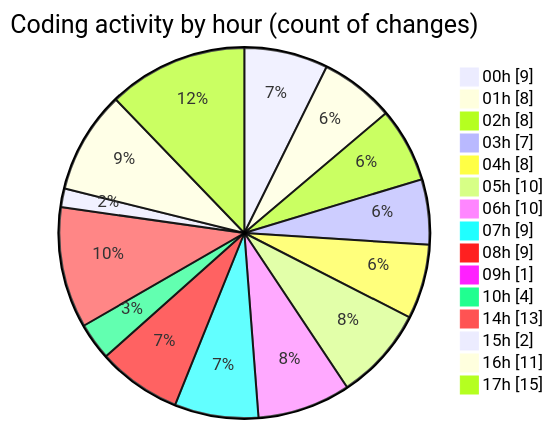
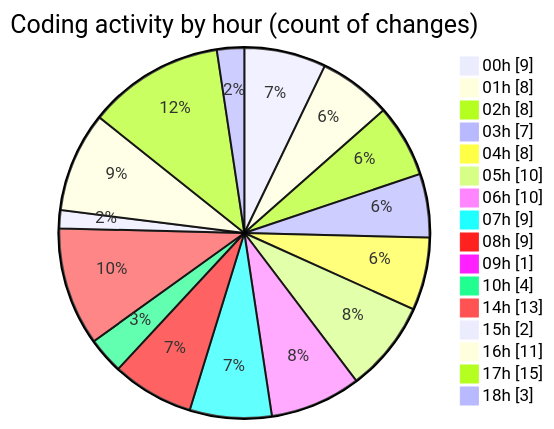
One commit to jrari/code-tracking changed the second of 2 diagrams in 2025-07-14/telebot/README.md. Above: the diagram before and after it, drawn with Mermaid. The commit also changed other lines of this file and 1 other file, not shown here.

````diff
--- a/2025-07-14/telebot/README.md
+++ b/2025-07-14/telebot/README.md
@@ -75,19 +75,20 @@
 ```mermaid
 pie showData
 title Coding activity by hour (count of changes)
 "00h" : 9
 "01h" : 8
 "02h" : 8
 "03h" : 7
 "04h" : 8
 "05h" : 10
 "06h" : 10
 "07h" : 9
 "08h" : 9
 "09h" : 1
 "10h" : 4
 "14h" : 13
 "15h" : 2
 "16h" : 11
 "17h" : 15
+"18h" : 3
 ```
````
